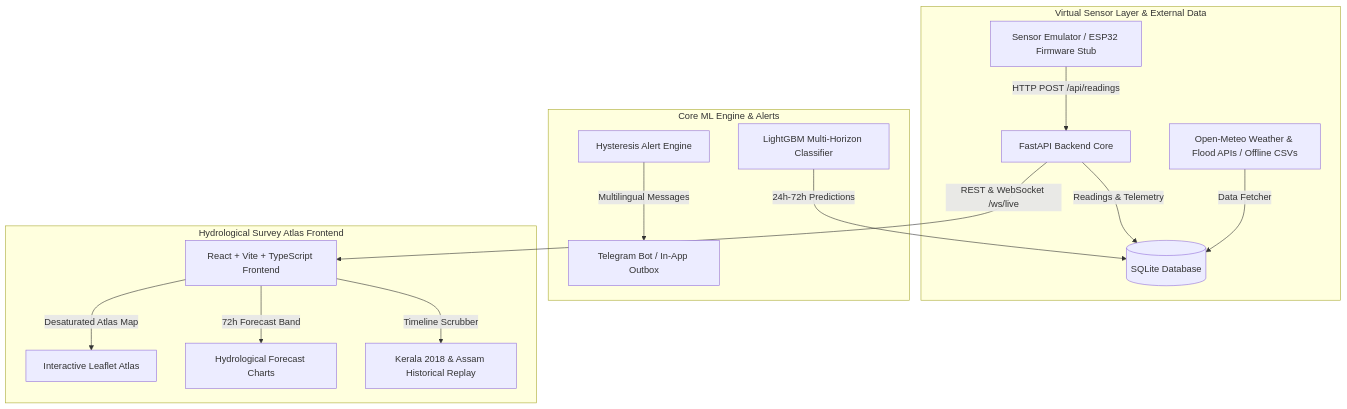
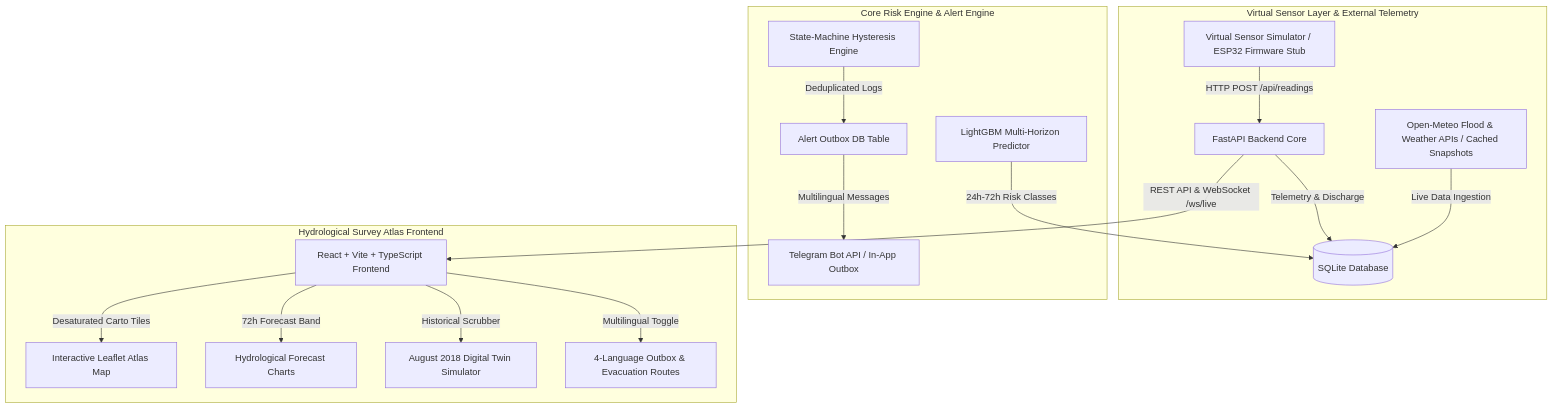
Before and after one commit to Vinayak-123-jpj/FloodSense: the first of 2 diagrams in README.md, drawn with Mermaid. The commit also changed other lines of this file, not shown here.

Commit message:
docs: enhance README with comprehensive architecture, ML benchmarks, and Railway deployment guides

````diff
--- a/README.md
+++ b/README.md
@@ -18,20 +47,22 @@
 ```mermaid
 graph TD
-    subgraph Virtual Sensor Layer & External Data
-        VS[Sensor Emulator / ESP32 Firmware Stub] -->|HTTP POST /api/readings| API[FastAPI Backend Core]
-        OM[Open-Meteo Weather & Flood APIs / Offline CSVs] -->|Data Fetcher| DB[(SQLite Database)]
+    subgraph Virtual Sensor Layer & External Telemetry
+        VS[Virtual Sensor Simulator / ESP32 Firmware Stub] -->|HTTP POST /api/readings| API[FastAPI Backend Core]
+        OM[Open-Meteo Flood & Weather APIs / Cached Snapshots] -->|Live Data Ingestion| DB[(SQLite Database)]
     end
 
-    subgraph Core ML Engine & Alerts
-        API -->|Readings & Telemetry| DB
-        ML[LightGBM Multi-Horizon Classifier] -->|24h-72h Predictions| DB
-        HYST[Hysteresis Alert Engine] -->|Multilingual Messages| BOT[Telegram Bot / In-App Outbox]
+    subgraph Core Risk Engine & Alert Engine
+        API -->|Telemetry & Discharge| DB
+        ML[LightGBM Multi-Horizon Predictor] -->|24h-72h Risk Classes| DB
+        HYST[State-Machine Hysteresis Engine] -->|Deduplicated Logs| OUTBOX[Alert Outbox DB Table]
+        OUTBOX -->|Multilingual Messages| BOT[Telegram Bot API / In-App Outbox]
     end
 
     subgraph Hydrological Survey Atlas Frontend
-        API -->|REST & WebSocket /ws/live| FE[React + Vite + TypeScript Frontend]
-        FE -->|Desaturated Atlas Map| MAP[Interactive Leaflet Atlas]
+        API -->|REST API & WebSocket /ws/live| FE[React + Vite + TypeScript Frontend]
+        FE -->|Desaturated Carto Tiles| MAP[Interactive Leaflet Atlas Map]
         FE -->|72h Forecast Band| CHARTS[Hydrological Forecast Charts]
-        FE -->|Timeline Scrubber| REPLAY[Kerala 2018 & Assam Historical Replay]
+        FE -->|Historical Scrubber| REPLAY[August 2018 Digital Twin Simulator]
+        FE -->|Multilingual Toggle| ALERTS[4-Language Outbox & Evacuation Routes]
     end
 ```
````
